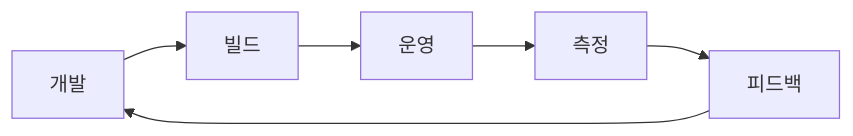
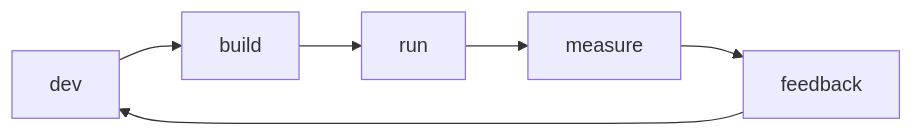
One commit to yeongseon-books/book-content changed the diagram in content/sre-101/ko/01-what-is-sre.md. Above: the diagram before and after it, drawn with Mermaid. The commit also changed other lines of this file and 9 other files, not shown here.

````diff
--- a/content/sre-101/ko/01-what-is-sre.md
+++ b/content/sre-101/ko/01-what-is-sre.md
@@ -47,8 +53,8 @@
 ```mermaid
 flowchart LR
-    Dev["개발"] --> Build["빌드"]
-    Build --> Run["운영"]
-    Run --> SLO["측정"]
-    SLO --> Feedback["피드백"]
+    Dev["dev"] --> Build["build"]
+    Build --> Run["run"]
+    Run --> SLO["measure"]
+    SLO --> Feedback["feedback"]
     Feedback --> Dev
 ```
````
